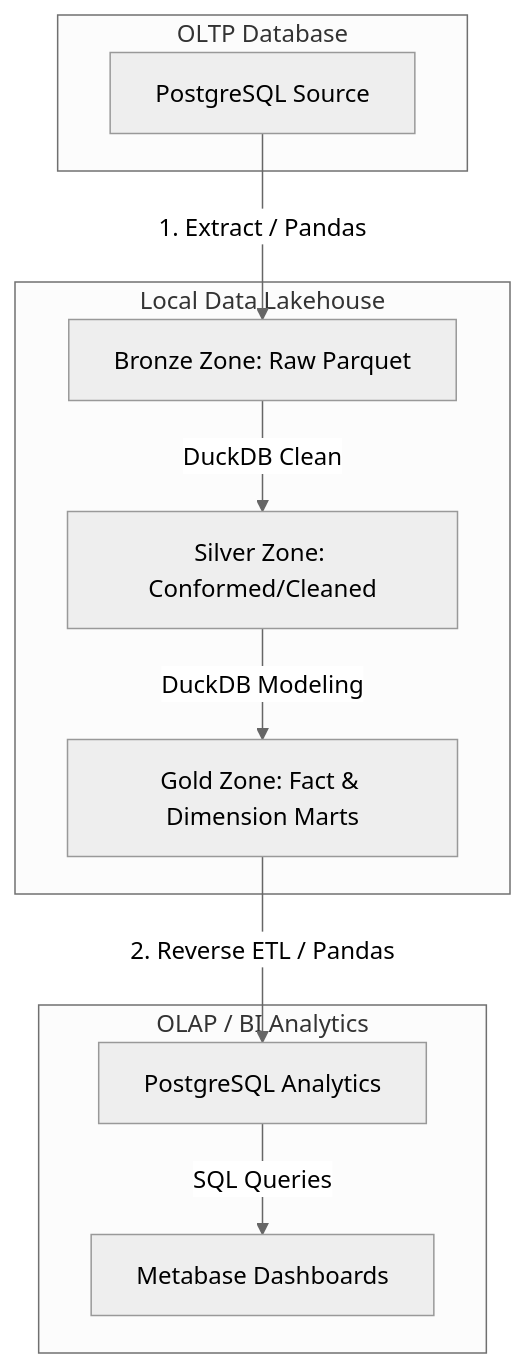
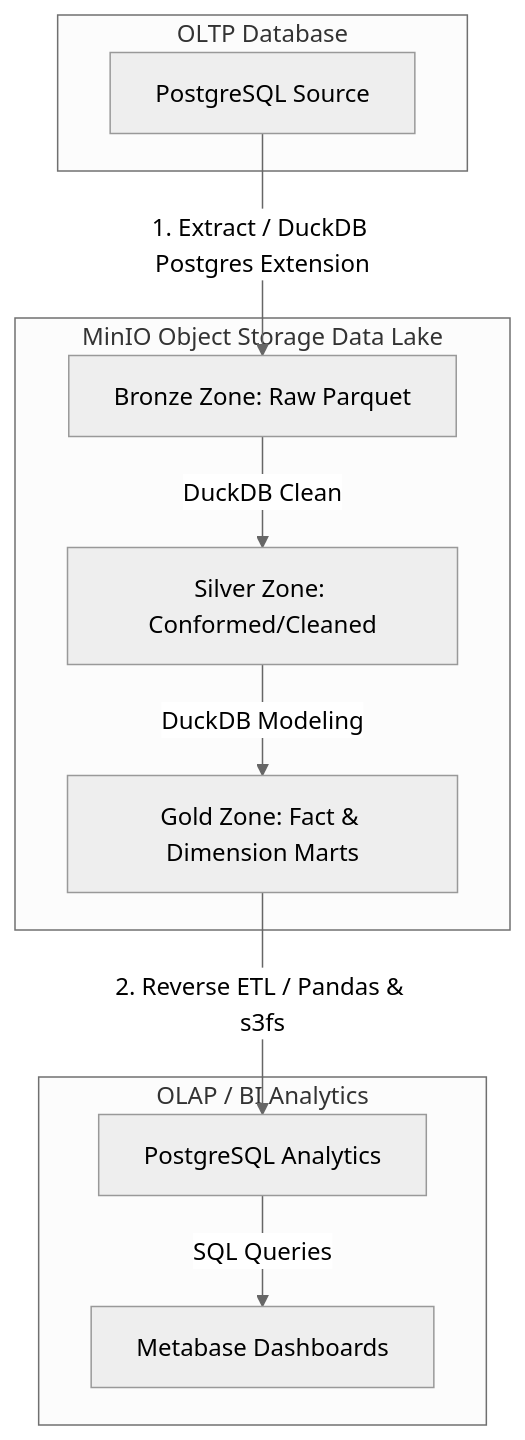
Before and after one commit to phantrongnguyen/toy-store-lakehouse-warehouse: the diagram in README.md, drawn with Mermaid (neutral theme). The commit also changed other lines of this file, not shown here.

Commit message:
docs: update README with MinIO setup and detailed run instructions

````diff
--- a/README.md
+++ b/README.md
@@ -11,18 +11,18 @@
 ```mermaid
 graph TD
     subgraph OLTP Database
         A[PostgreSQL Source]
     end
 
-    subgraph Local Data Lakehouse
+    subgraph MinIO Object Storage Data Lake
         B[Bronze Zone: Raw Parquet] -->|DuckDB Clean| C[Silver Zone: Conformed/Cleaned]
         C -->|DuckDB Modeling| D[Gold Zone: Fact & Dimension Marts]
     end
 
     subgraph OLAP / BI Analytics
         E[PostgreSQL Analytics] -->|SQL Queries| F[Metabase Dashboards]
     end
 
-    A -->|1. Extract / Pandas| B
-    D -->|2. Reverse ETL / Pandas| E
+    A -->|1. Extract / DuckDB Postgres Extension| B
+    D -->|2. Reverse ETL / Pandas & s3fs| E
 ```
````
